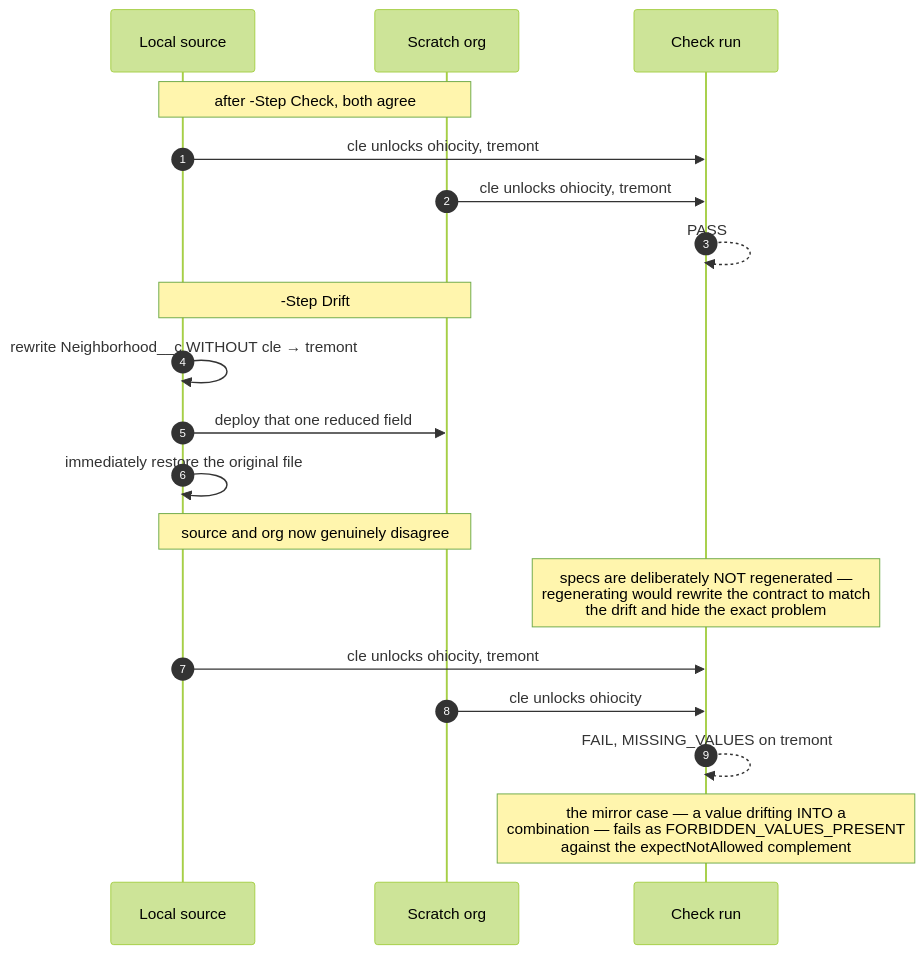
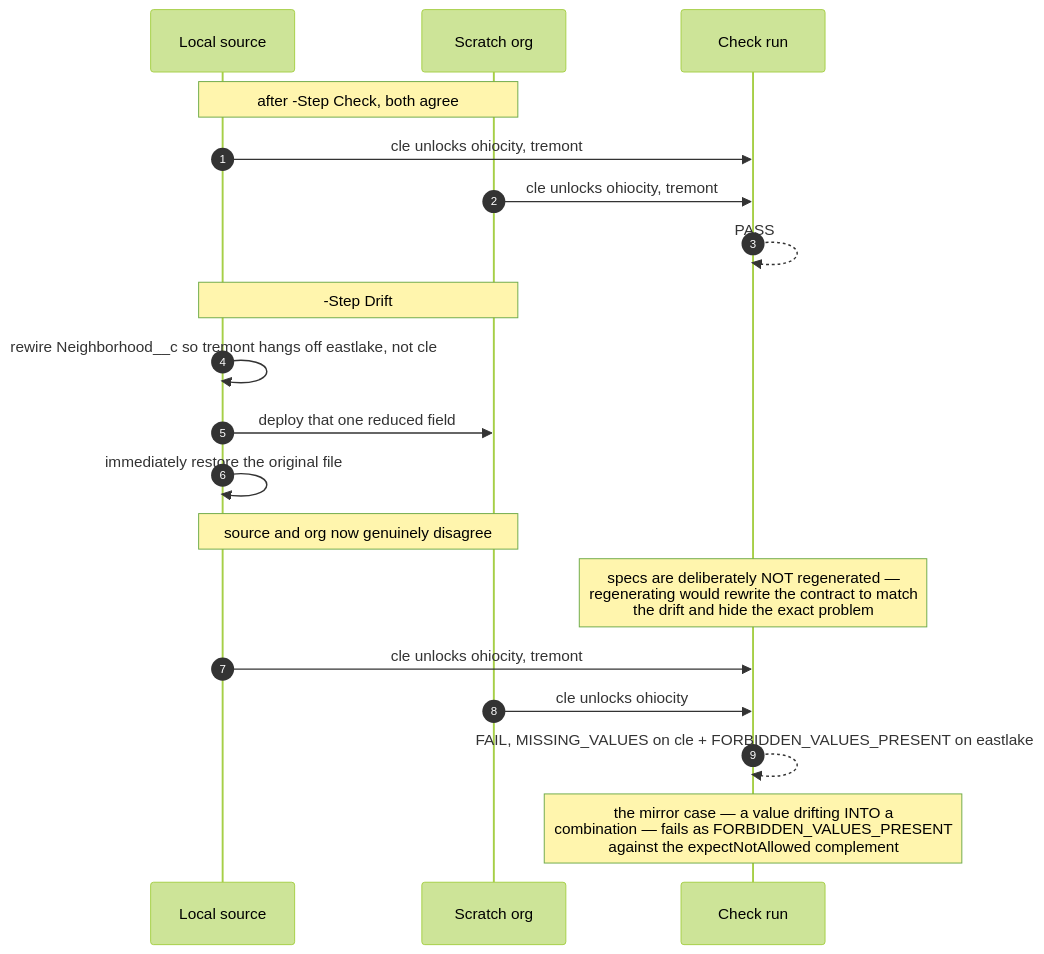
Before and after one commit to jdschleicher/Salesforce-Data-Treecipe: the seventh of 8 diagrams in scripts/picklist-dependency-demo/PICKLIST-DEPENDENCY-FLOW.md, drawn with Mermaid (forest theme). The commit also changed other lines of this file and 4 other files, not shown here.

````diff
--- a/scripts/picklist-dependency-demo/PICKLIST-DEPENDENCY-FLOW.md
+++ b/scripts/picklist-dependency-demo/PICKLIST-DEPENDENCY-FLOW.md
@@ -312,24 +338,24 @@
 ```mermaid
 sequenceDiagram
     autonumber
     participant Local as Local source
     participant Org as Scratch org
     participant Check as Check run
 
     Note over Local,Org: after -Step Check, both agree
     Local->>Check: cle unlocks ohiocity, tremont
     Org->>Check: cle unlocks ohiocity, tremont
     Check-->>Check: PASS
 
     Note over Local,Org: -Step Drift
-    Local->>Local: rewrite Neighborhood__c WITHOUT cle → tremont
+    Local->>Local: rewire Neighborhood__c so tremont hangs off eastlake, not cle
     Local->>Org: deploy that one reduced field
     Local->>Local: immediately restore the original file
     Note over Local,Org: source and org now genuinely disagree
 
     Note over Check: specs are deliberately NOT regenerated —<br/>regenerating would rewrite the contract to match<br/>the drift and hide the exact problem
     Local->>Check: cle unlocks ohiocity, tremont
     Org->>Check: cle unlocks ohiocity
-    Check-->>Check: FAIL, MISSING_VALUES on tremont
+    Check-->>Check: FAIL, MISSING_VALUES on cle + FORBIDDEN_VALUES_PRESENT on eastlake
     Note over Check: the mirror case — a value drifting INTO a<br/>combination — fails as FORBIDDEN_VALUES_PRESENT<br/>against the expectNotAllowed complement
 ```
````
